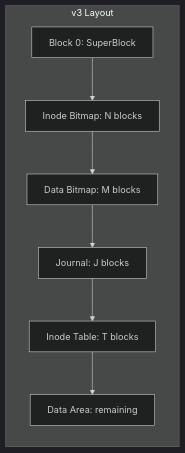
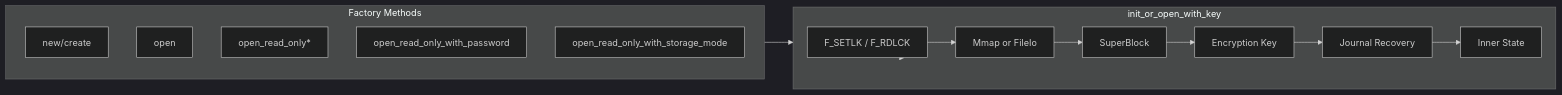
Before and after one commit to ych/oifs: the first of 2 diagrams in openwiki/architecture/disk_manager_and_persistence.md, drawn with Mermaid (dark theme). The commit also changed other lines of this file and 55 other files, not shown here.

````diff
--- a/openwiki/architecture/disk_manager_and_persistence.md
+++ b/openwiki/architecture/disk_manager_and_persistence.md
@@ -195,13 +109,25 @@
 ```mermaid
 flowchart LR
-    subgraph V3Layout[v3 Layout]
-        B0[Block 0: SuperBlock]
-        B1[Inode Bitmap: N blocks]
-        B2[Data Bitmap: M blocks]
-        B3[Journal: J blocks]
-        B4[Inode Table: T blocks]
-        B5[Data Area: remaining]
+    subgraph Factory[Factory Methods]
+        new[new/create]
+        open[open]
+        open_ro[open_read_only*]
+        open_ro_pwd[open_read_only_with_password]
+        open_ro_sm[open_read_only_with_storage_mode]
     end
-    
-    B0 --> B1 --> B2 --> B3 --> B4 --> B5
+    subgraph Core[init_or_open_with_key]
+        lock[F_SETLK / F_RDLCK]
+        mmap[Mmap or FileIo]
+        sb[SuperBlock]
+        enc[Encryption Key]
+        jrnl[Journal Recovery]
+        init[Inner State]
+    end
+    Factory --> Core
+    Core --> lock
+    lock --> mmap
+    mmap --> sb
+    sb --> enc
+    enc --> jrnl
+    jrnl --> init
 ```
````
